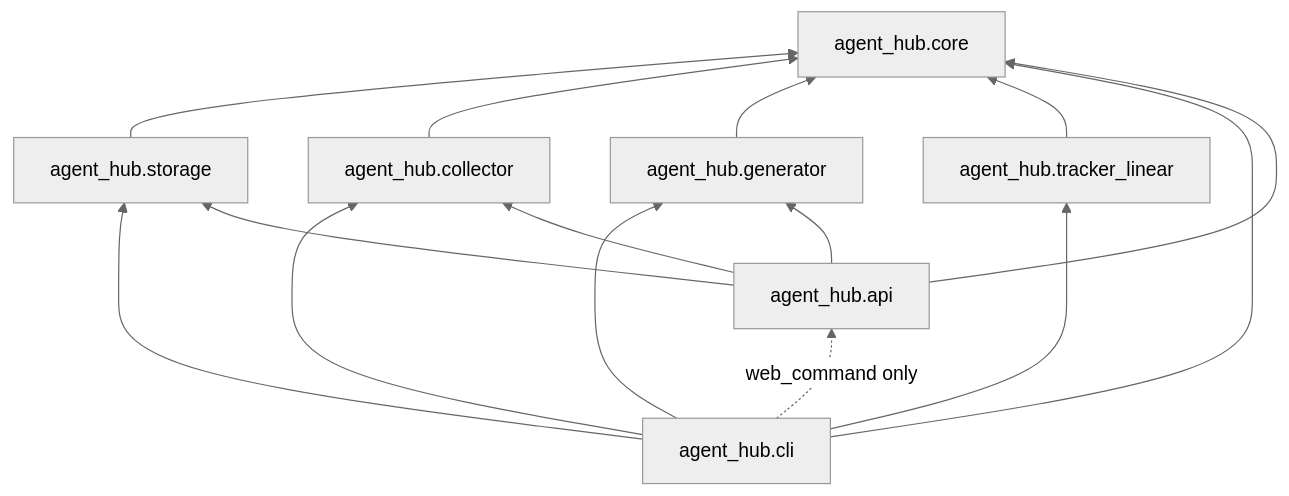
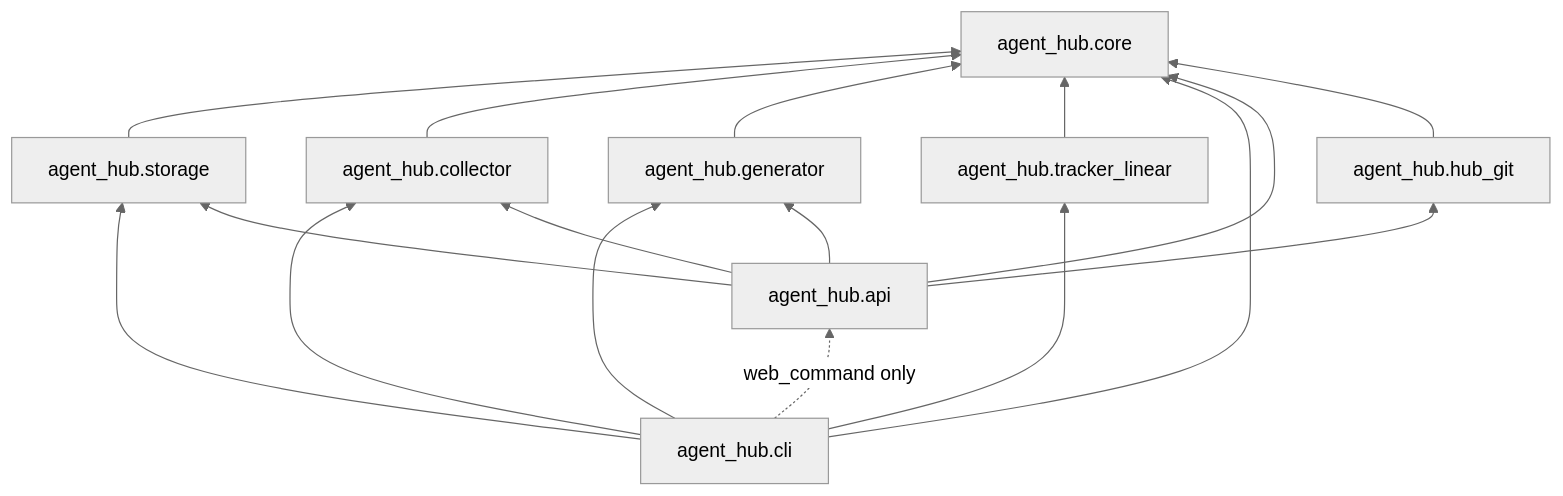
Before and after one commit to jroquette/agent-hub: the first of 2 diagrams in docs/ARCHITECTURE.md, drawn with Mermaid (neutral theme). The commit also changed other lines of this file and 9 other files, not shown here.

````diff
--- a/docs/ARCHITECTURE.md
+++ b/docs/ARCHITECTURE.md
@@ -67,17 +70,19 @@
 ```mermaid
 flowchart BT
   storage[agent_hub.storage] --> core[agent_hub.core]
   collector[agent_hub.collector] --> core
   generator[agent_hub.generator] --> core
   tracker_linear[agent_hub.tracker_linear] --> core
   cli[agent_hub.cli] --> core
   cli --> storage
   cli --> collector
   cli --> generator
   cli --> tracker_linear
   api[agent_hub.api] --> core
   api --> storage
   api --> collector
   api --> generator
+  hub_git[agent_hub.hub_git] --> core
+  api --> hub_git
   cli -. "web_command only" .-> api
 ```
````
